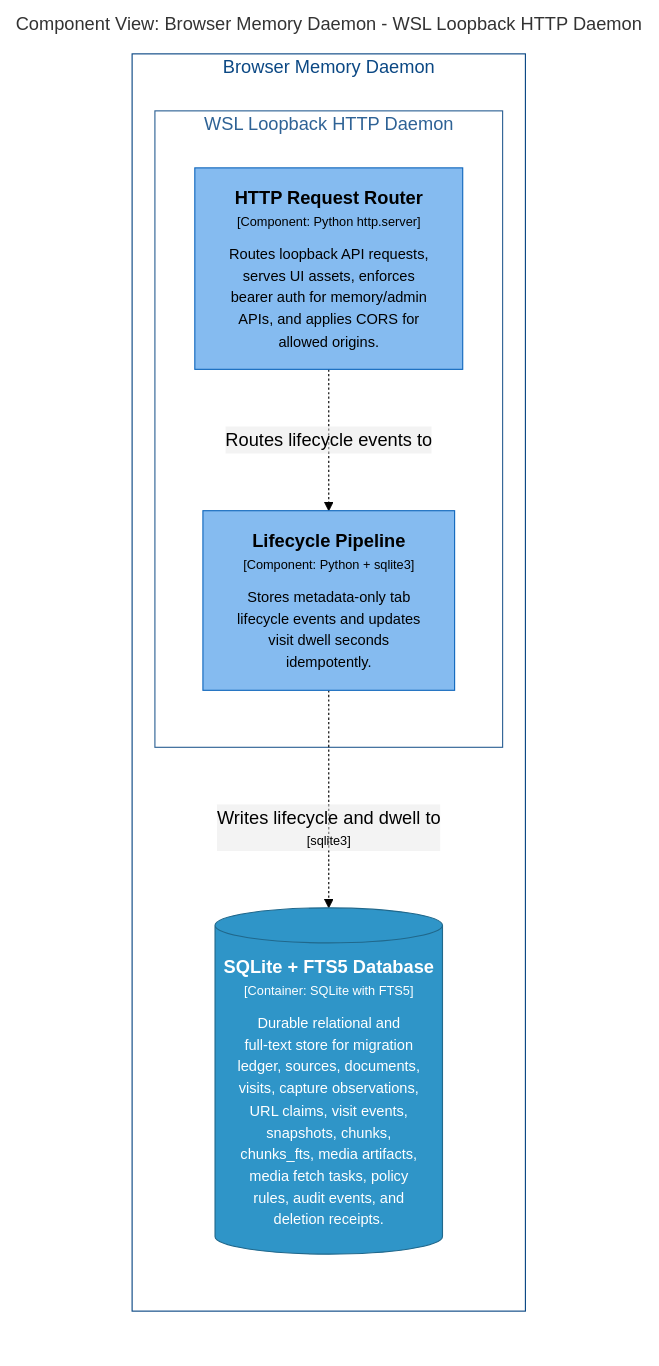
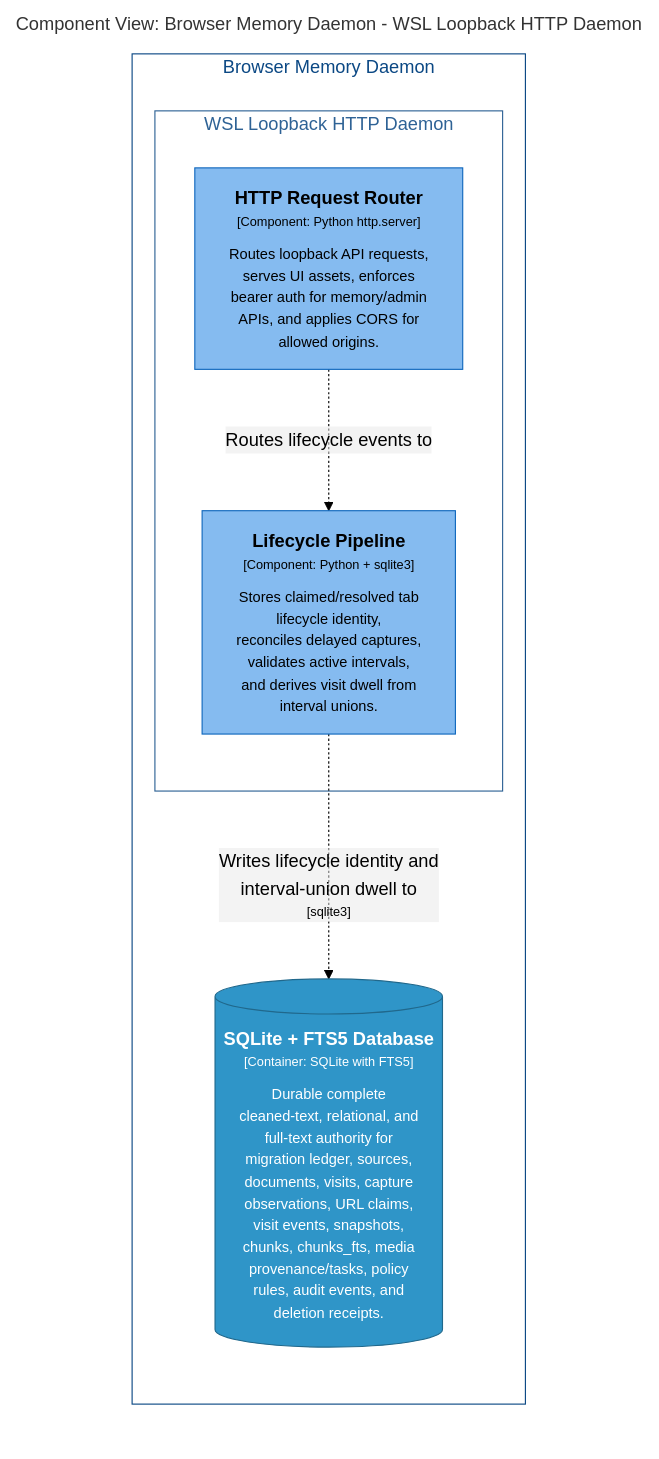
The diagram in docs/architecture/diagrams/markdown/DaemonLifecycleComponents.md (michaelnicks0/browser-memory-daemon), drawn with Mermaid (forest theme) before and after one commit. The commit also changed 196 other files, not shown here.

Commit message:
feat(storage): make SQLite authoritative for snapshot text

````diff
--- a/docs/architecture/diagrams/markdown/DaemonLifecycleComponents.md
+++ b/docs/architecture/diagrams/markdown/DaemonLifecycleComponents.md
@@ -16,28 +16,28 @@
 ```mermaid
 graph LR
   linkStyle default fill:#ffffff
 
   subgraph diagram ["Component View: Browser Memory Daemon - WSL Loopback HTTP Daemon"]
     style diagram fill:#ffffff,stroke:#ffffff
 
     subgraph 4 ["Browser Memory Daemon"]
       style 4 fill:#ffffff,stroke:#0b4884,color:#0b4884
 
       subgraph 14 ["WSL Loopback HTTP Daemon"]
         style 14 fill:#ffffff,stroke:#2e6295,color:#2e6295
 
         15["<div style='font-weight: bold'>HTTP Request Router</div><div style='font-size: 70%; margin-top: 0px'>[Component: Python http.server]</div><div style='font-size: 80%; margin-top:10px'>Routes loopback API requests,<br />serves UI assets, enforces<br />bearer auth for memory/admin<br />APIs, and applies CORS for<br />allowed origins.</div>"]
         style 15 fill:#85bbf0,stroke:#1168bd,color:#000000
-        20["<div style='font-weight: bold'>Lifecycle Pipeline</div><div style='font-size: 70%; margin-top: 0px'>[Component: Python + sqlite3]</div><div style='font-size: 80%; margin-top:10px'>Stores metadata-only tab<br />lifecycle events and updates<br />visit dwell seconds<br />idempotently.</div>"]
+        20["<div style='font-weight: bold'>Lifecycle Pipeline</div><div style='font-size: 70%; margin-top: 0px'>[Component: Python + sqlite3]</div><div style='font-size: 80%; margin-top:10px'>Stores claimed/resolved tab<br />lifecycle identity,<br />reconciles delayed captures,<br />validates active intervals,<br />and derives visit dwell from<br />interval unions.</div>"]
         style 20 fill:#85bbf0,stroke:#1168bd,color:#000000
       end
 
-      28[("<div style='font-weight: bold'>SQLite + FTS5 Database</div><div style='font-size: 70%; margin-top: 0px'>[Container: SQLite with FTS5]</div><div style='font-size: 80%; margin-top:10px'>Durable relational and<br />full-text store for migration<br />ledger, sources, documents,<br />visits, capture observations,<br />URL claims, visit events,<br />snapshots, chunks,<br />chunks_fts, media artifacts,<br />media fetch tasks, policy<br />rules, audit events, and<br />deletion receipts.</div>")]
-      style 28 fill:#2f95c8,stroke:#20688c,color:#ffffff
+      29[("<div style='font-weight: bold'>SQLite + FTS5 Database</div><div style='font-size: 70%; margin-top: 0px'>[Container: SQLite with FTS5]</div><div style='font-size: 80%; margin-top:10px'>Durable complete<br />cleaned-text, relational, and<br />full-text authority for<br />migration ledger, sources,<br />documents, visits, capture<br />observations, URL claims,<br />visit events, snapshots,<br />chunks, chunks_fts, media<br />provenance/tasks, policy<br />rules, audit events, and<br />deletion receipts.</div>")]
+      style 29 fill:#2f95c8,stroke:#20688c,color:#ffffff
     end
 
     15-. "<div>Routes lifecycle events to</div><div style='font-size: 70%'></div>" .->20
-    20-. "<div>Writes lifecycle and dwell to</div><div style='font-size: 70%'>[sqlite3]</div>" .->28
+    20-. "<div>Writes lifecycle identity and<br />interval-union dwell to</div><div style='font-size: 70%'>[sqlite3]</div>" .->29
 
   end
 ```
````
